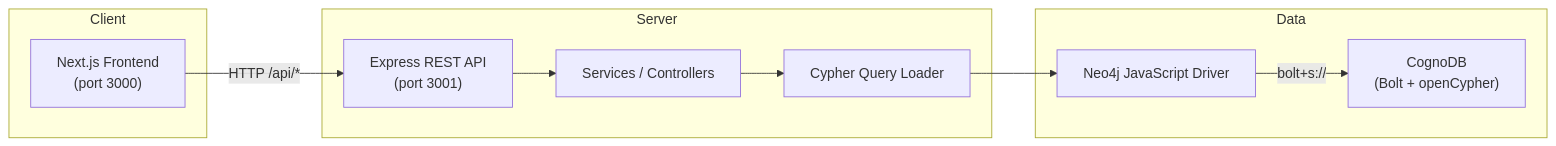
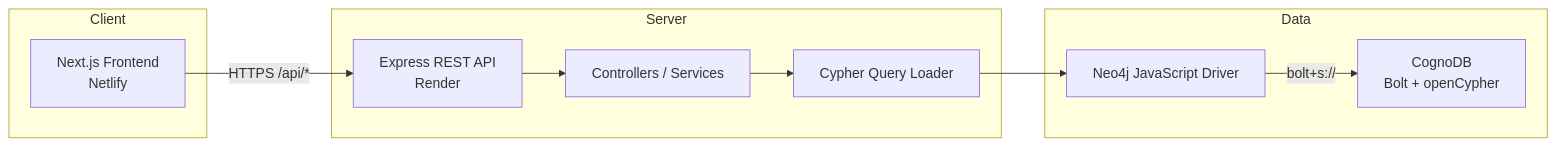
Before and after one commit to Susmita549/Wexa-ai-assignment: the first of 2 diagrams in README.md, drawn with Mermaid. The commit also changed other lines of this file and 9 other files, not shown here.

````diff
--- a/README.md
+++ b/README.md
@@ -112,23 +120,23 @@
 ```mermaid
 flowchart LR
   subgraph Client
-    FE["Next.js Frontend<br/>(port 3000)"]
+    FE["Next.js Frontend<br/>Netlify"]
   end
 
   subgraph Server
-    API["Express REST API<br/>(port 3001)"]
-    SVC["Services / Controllers"]
+    API["Express REST API<br/>Render"]
+    SVC["Controllers / Services"]
     Q["Cypher Query Loader"]
   end
 
   subgraph Data
     DRV["Neo4j JavaScript Driver"]
-    CDB["CognoDB<br/>(Bolt + openCypher)"]
+    CDB["CognoDB<br/>Bolt + openCypher"]
   end
 
-  FE -->|"HTTP /api/*"| API
+  FE -->|"HTTPS /api/*"| API
   API --> SVC
   SVC --> Q
   Q --> DRV
   DRV -->|"bolt+s://"| CDB
 ```
````
